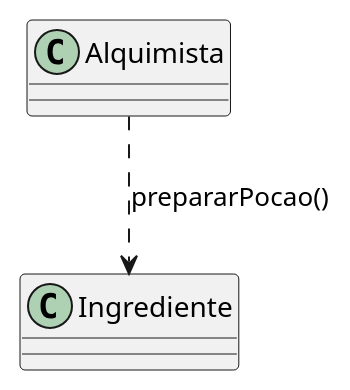
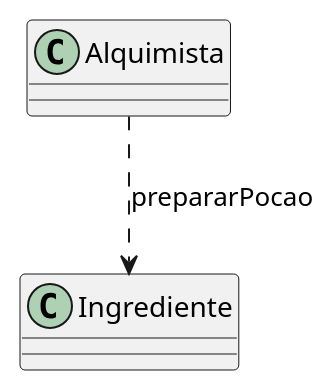
Before and after one commit to fellowsheep/APOO2025-2: diagram 11 of 11 in Exemplos/ExemploRelacionamentos/RelacionamentoClasses.md, drawn with PlantUML. The commit also changed other lines of this file and 14 other files, not shown here.

Commit message:
Adicionadas as imagens de diagrama de classes

````diff
--- a/Exemplos/ExemploRelacionamentos/RelacionamentoClasses.md
+++ b/Exemplos/ExemploRelacionamentos/RelacionamentoClasses.md
@@ -487,7 +510,7 @@
 ```puml
-@startuml
+@startuml dependenciaAlquimista
 class Alquimista
 class Ingrediente
-Alquimista ..> Ingrediente : prepararPocao()
+Alquimista ..> Ingrediente : prepararPocao
 @enduml
 ```
````
